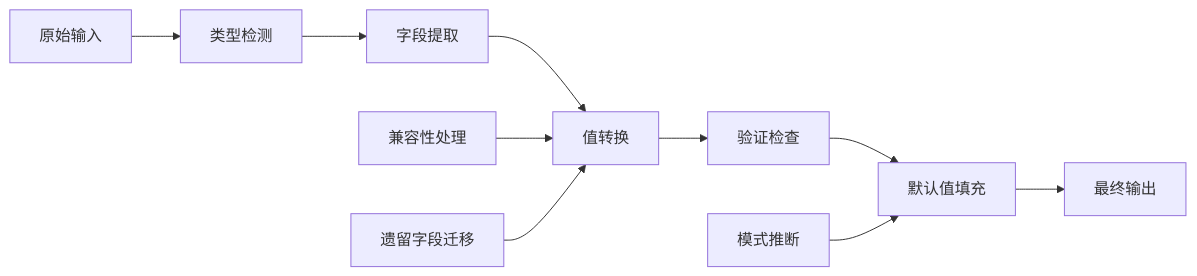
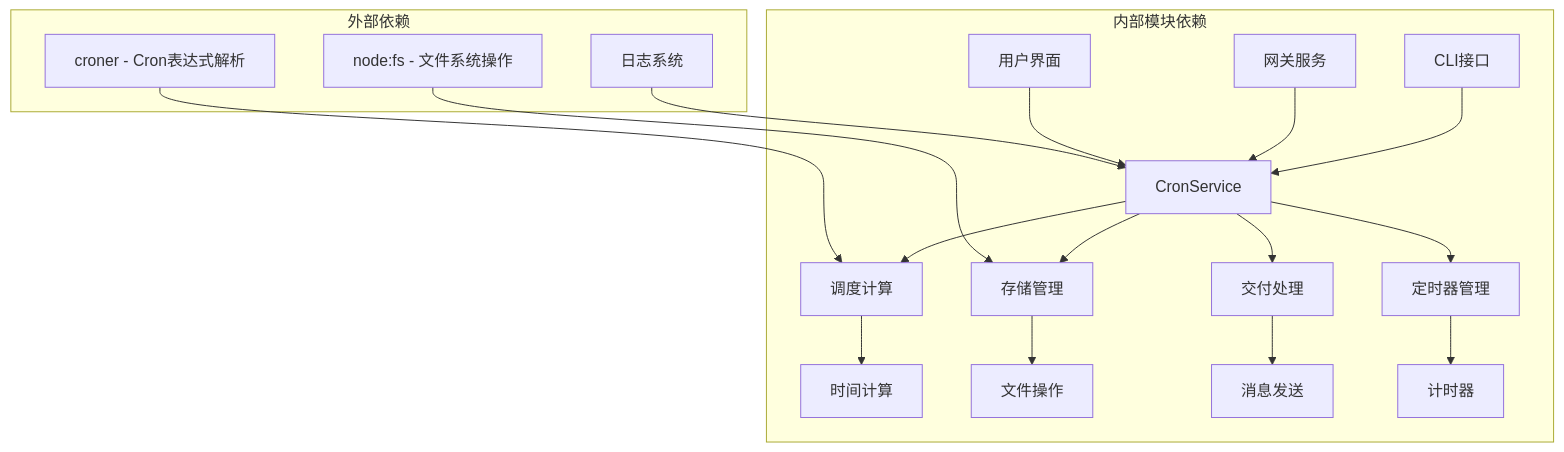
Before and after one commit to verse-ai-org/openclaw: the eighth of 10 diagrams in .qoder/repowiki/zh/content/Web界面/定时任务管理系统.md, drawn with Mermaid. The commit also changed other lines of this file and 89 other files, not shown here.

````diff
--- a/.qoder/repowiki/zh/content/Web界面/定时任务管理系统.md
+++ b/.qoder/repowiki/zh/content/Web界面/定时任务管理系统.md
@@ -220,12 +368,24 @@
 ```mermaid
-flowchart LR
-A[原始输入] --> B[类型检测]
-B --> C[字段提取]
-C --> D[值转换]
-D --> E[验证检查]
-E --> F[默认值填充]
-F --> G[最终输出]
-H[兼容性处理] --> D
-I[遗留字段迁移] --> D
-J[模式推断] --> F
+graph TB
+subgraph "外部依赖"
+A[croner - Cron表达式解析]
+B[node:fs - 文件系统操作]
+C[日志系统]
+end
+subgraph "内部模块依赖"
+D[CronService] --> E[调度计算]
+D --> F[存储管理]
+D --> G[交付处理]
+D --> H[定时器管理]
+E --> I[时间计算]
+F --> J[文件操作]
+G --> K[消息发送]
+H --> L[计时器]
+M[CLI接口] --> D
+N[网关服务] --> D
+O[用户界面] --> D
+end
+A --> E
+B --> F
+C --> D
 ```
````
